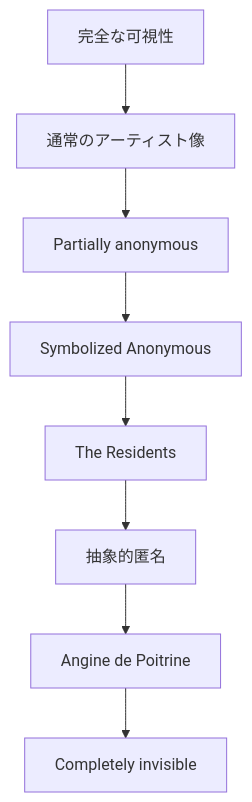
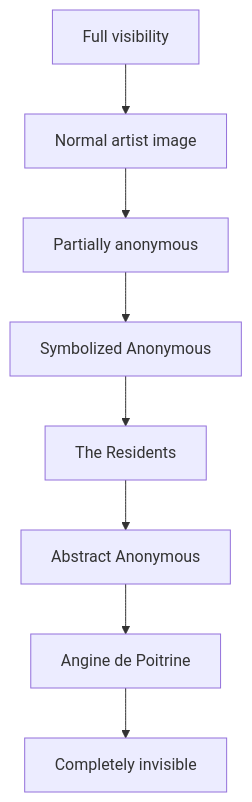
Diagram 14 of 17 in en/_posts/2026-07-06-column-angine-de-poitrine-the-residents.md (monumental-movement/monumental-movement.github.io), drawn with Mermaid before and after one commit. The commit also changed other lines of this file and 851 other files, not shown here.

```diff
--- a/en/_posts/2026-07-06-column-angine-de-poitrine-the-residents.md
+++ b/en/_posts/2026-07-06-column-angine-de-poitrine-the-residents.md
@@ -1458,14 +1458,14 @@
 <div class="mermaid">
 flowchart TD
 
-A["完全な可視性"]
-B["通常のアーティスト像"]
+A["Full visibility"]
+B["Normal artist image"]
 C["Partially anonymous"]
 D["Symbolized Anonymous"]
 E["The Residents"]
-F["抽象的匿名"]
+F["Abstract Anonymous"]
 G["Angine de Poitrine"]
 H["Completely invisible"]
 
 A --> B --> C --> D --> E --> F --> G --> H
 </div>
```
